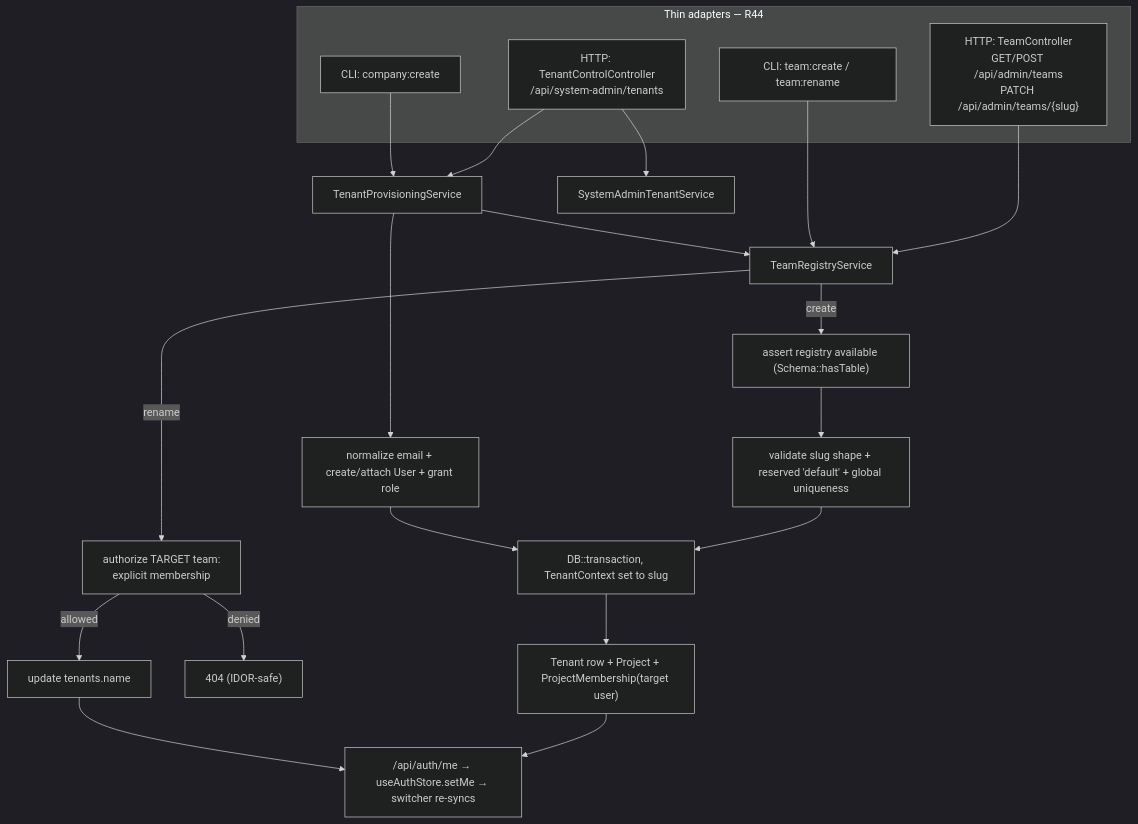
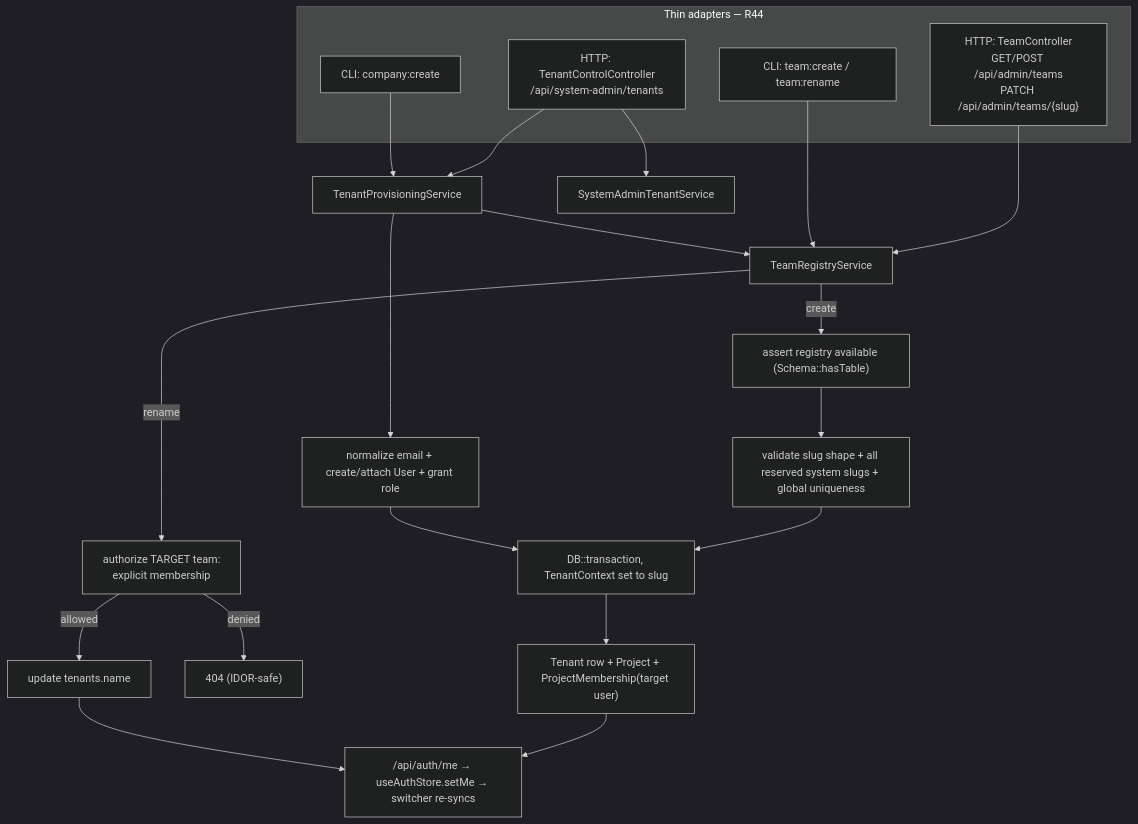
One commit to lopadova/AskMyDocs changed the diagram in docs-site/team-management.mdx. Above: the diagram before and after it, drawn with Mermaid (dark theme). The commit also changed other lines of this file and 12 other files, not shown here.

````diff
--- a/docs-site/team-management.mdx
+++ b/docs-site/team-management.mdx
@@ -43,26 +48,26 @@
 ```mermaid
 flowchart TD
     subgraph Surfaces [Thin adapters — R44]
       H["HTTP: TeamController<br/>GET/POST /api/admin/teams<br/>PATCH /api/admin/teams/{slug}"]
       C["CLI: team:create / team:rename"]
       P["HTTP: TenantControlController<br/>/api/system-admin/tenants"]
       CC["CLI: company:create"]
     end
     H --> S[TeamRegistryService]
     C --> S
     P --> PS[TenantProvisioningService]
     CC --> PS
     PS --> S
     P --> CS[SystemAdminTenantService]
     S -->|create| T1["assert registry available (Schema::hasTable)"]
-    T1 --> T2["validate slug shape + reserved 'default' + global uniqueness"]
+    T1 --> T2["validate slug shape + all reserved system slugs + global uniqueness"]
     T2 --> T3["DB::transaction, TenantContext set to slug"]
     T3 --> T4["Tenant row + Project + ProjectMembership(target user)"]
     PS --> U["normalize email + create/attach User + grant role"]
     U --> T3
     S -->|rename| R1["authorize TARGET team:<br/>explicit membership"]
     R1 -->|denied| R2["404 (IDOR-safe)"]
     R1 -->|allowed| R3["update tenants.name"]
     T4 --> M["/api/auth/me → useAuthStore.setMe → switcher re-syncs"]
     R3 --> M
 ```
````
